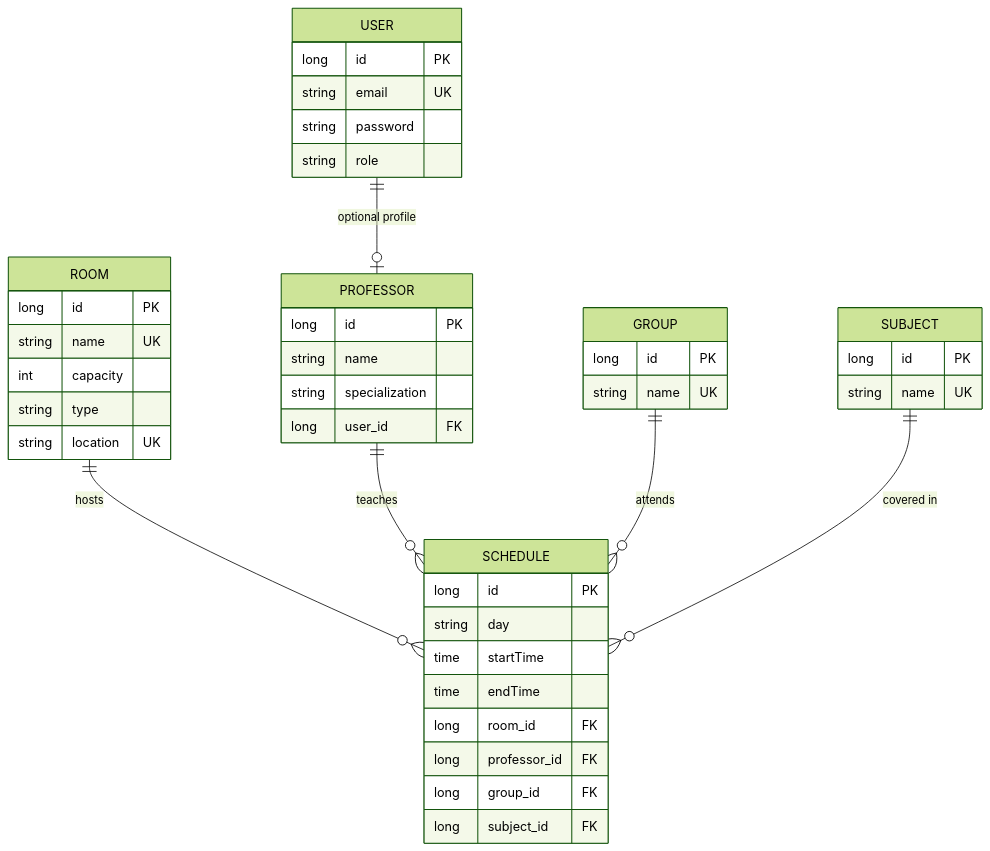
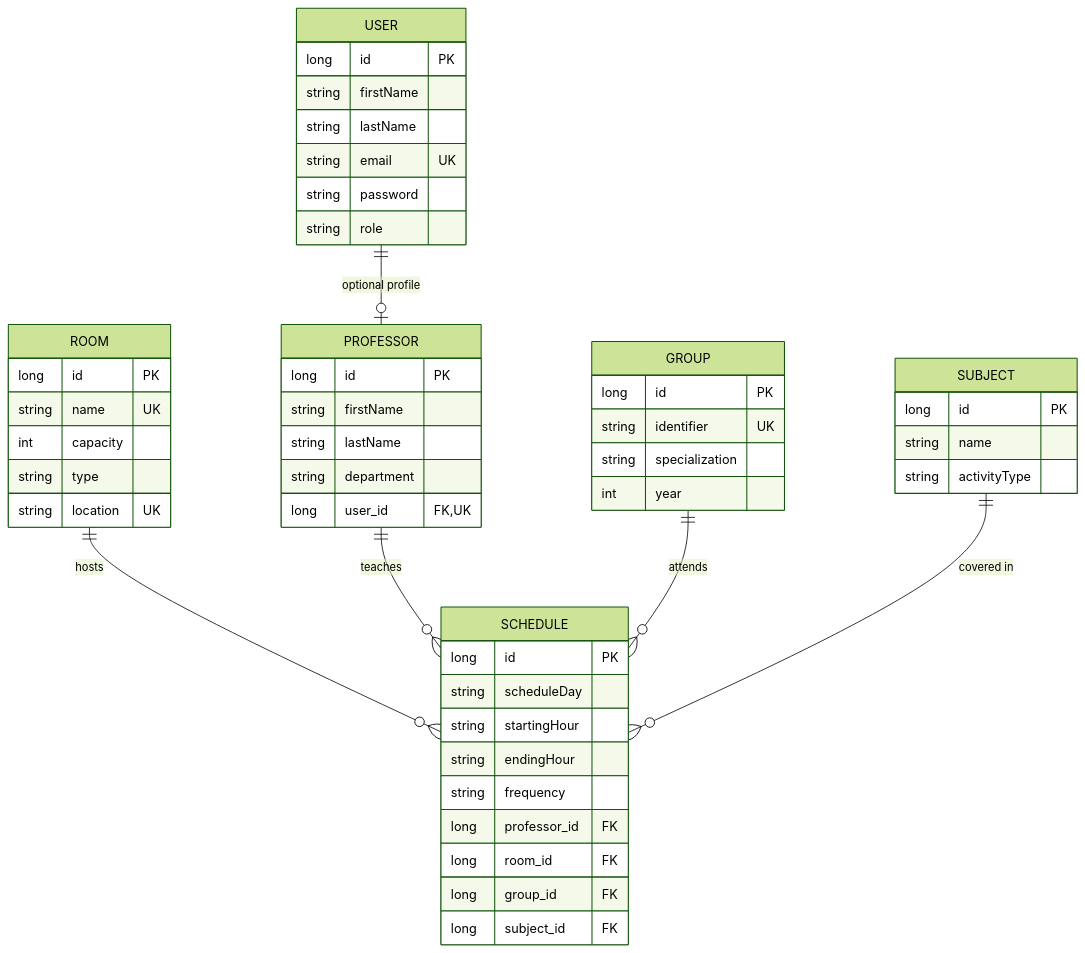
The diagram in docs/DATABASE_DESIGN.md (ISTEAMX/IS-Backend), drawn with Mermaid (forest theme) before and after one commit. The commit also changed other lines of this file and 9 other files, not shown here.

````diff
--- a/docs/DATABASE_DESIGN.md
+++ b/docs/DATABASE_DESIGN.md
@@ -7,51 +7,58 @@
 ```mermaid
 erDiagram
     USER ||--o| PROFESSOR : "optional profile"
     ROOM ||--o{ SCHEDULE : "hosts"
     PROFESSOR ||--o{ SCHEDULE : "teaches"
     GROUP ||--o{ SCHEDULE : "attends"
     SUBJECT ||--o{ SCHEDULE : "covered in"
 
     USER {
         long id PK
+        string firstName
+        string lastName
         string email UK
         string password
         string role
     }
 
     PROFESSOR {
         long id PK
-        string name
-        string specialization
-        long user_id FK
+        string firstName
+        string lastName
+        string department
+        long user_id FK,UK
     }
 
     ROOM {
         long id PK
         string name UK
         int capacity
         string type
         string location UK
     }
 
     GROUP {
         long id PK
-        string name UK
+        string identifier UK
+        string specialization
+        int year
     }
 
     SUBJECT {
         long id PK
-        string name UK
+        string name
+        string activityType
     }
 
     SCHEDULE {
         long id PK
-        string day
-        time startTime
-        time endTime
+        string scheduleDay
+        string startingHour
+        string endingHour
+        string frequency
+        long professor_id FK
         long room_id FK
-        long professor_id FK
         long group_id FK
         long subject_id FK
     }
 ```
````
